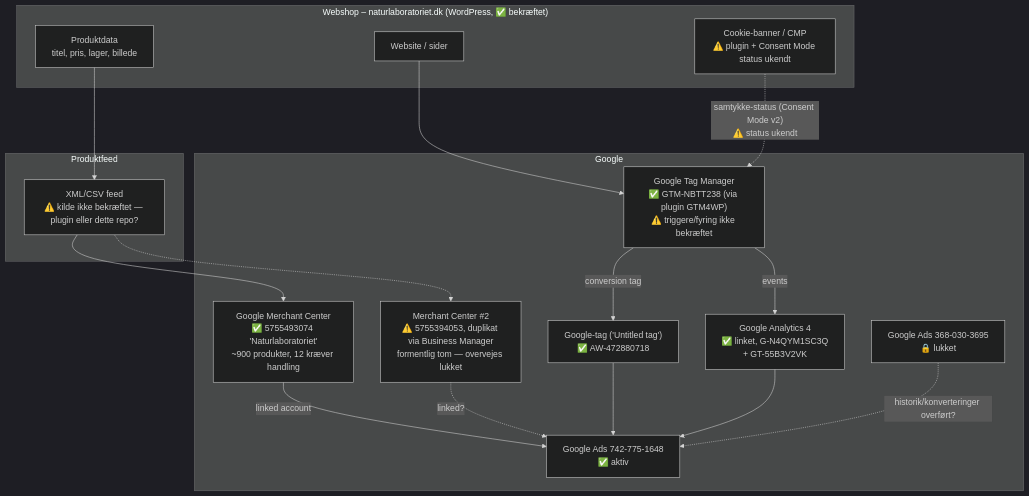
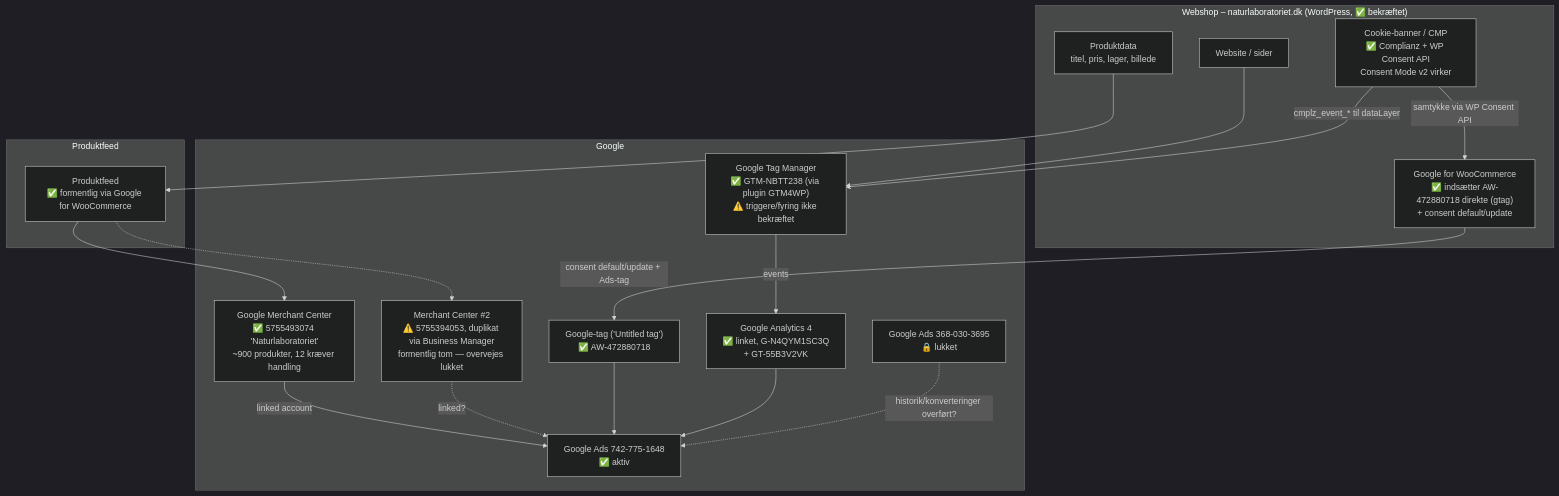
Before and after one commit to Morten2812/feeds-nl: the first of 2 diagrams in google-ads-struktur.md, drawn with Mermaid (dark theme). The commit also changed other lines of this file, not shown here.

Commit message:
cookie extra

````diff
--- a/google-ads-struktur.md
+++ b/google-ads-struktur.md
@@ -66,37 +66,39 @@
 ```mermaid
 flowchart TD
     subgraph Shop["Webshop – naturlaboratoriet.dk (WordPress, ✅ bekræftet)"]
         W[Produktdata<br/>titel, pris, lager, billede]
         S[Website / sider]
-        CMP["Cookie-banner / CMP<br/>⚠️ plugin + Consent Mode status ukendt"]
+        CMP["Cookie-banner / CMP<br/>✅ Complianz + WP Consent API<br/>Consent Mode v2 virker"]
+        GFW["Google for WooCommerce<br/>✅ indsætter AW-472880718 direkte (gtag)<br/>+ consent default/update"]
     end
 
     subgraph Feed["Produktfeed"]
-        F[XML/CSV feed<br/>⚠️ kilde ikke bekræftet — plugin eller dette repo?]
+        F[Produktfeed<br/>✅ formentlig via Google for WooCommerce]
     end
 
     subgraph Google["Google"]
         MC["Google Merchant Center<br/>✅ 5755493074 'Naturlaboratoriet'<br/>~900 produkter, 12 kræver handling"]
         MC2["Merchant Center #2<br/>⚠️ 5755394053, duplikat via Business Manager<br/>formentlig tom — overvejes lukket"]
         GTM["Google Tag Manager<br/>✅ GTM-NBTT238 (via plugin GTM4WP)<br/>⚠️ triggere/fyring ikke bekræftet"]
         GA4["Google Analytics 4<br/>✅ linket, G-N4QYM1SC3Q<br/>+ GT-55B3V2VK"]
         TAG["Google-tag ('Untitled tag')<br/>✅ AW-472880718"]
         ADS["Google Ads 742-775-1648<br/>✅ aktiv"]
         ADSOLD["Google Ads 368-030-3695<br/>🔒 lukket"]
     end
 
     W --> F
     F --> MC
     F -.-> MC2
     MC -- "linked account" --> ADS
     MC2 -. "linked?" .-> ADS
 
     S --> GTM
-    CMP -. "samtykke-status (Consent Mode v2)<br/>⚠️ status ukendt" .-> GTM
-    GTM -- "conversion tag" --> TAG
+    CMP -- "samtykke via WP Consent API" --> GFW
+    GFW -- "consent default/update + Ads-tag" --> TAG
+    CMP -- "cmplz_event_* til dataLayer" --> GTM
     TAG --> ADS
     GTM -- "events" --> GA4
     GA4 --> ADS
 
     ADSOLD -. "historik/konverteringer overført?" .-> ADS
 ```
````
